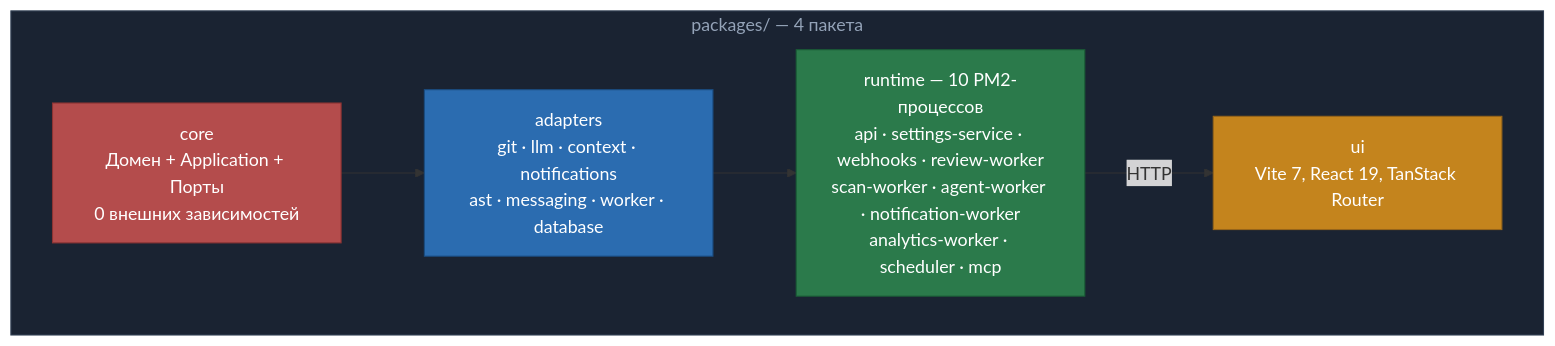
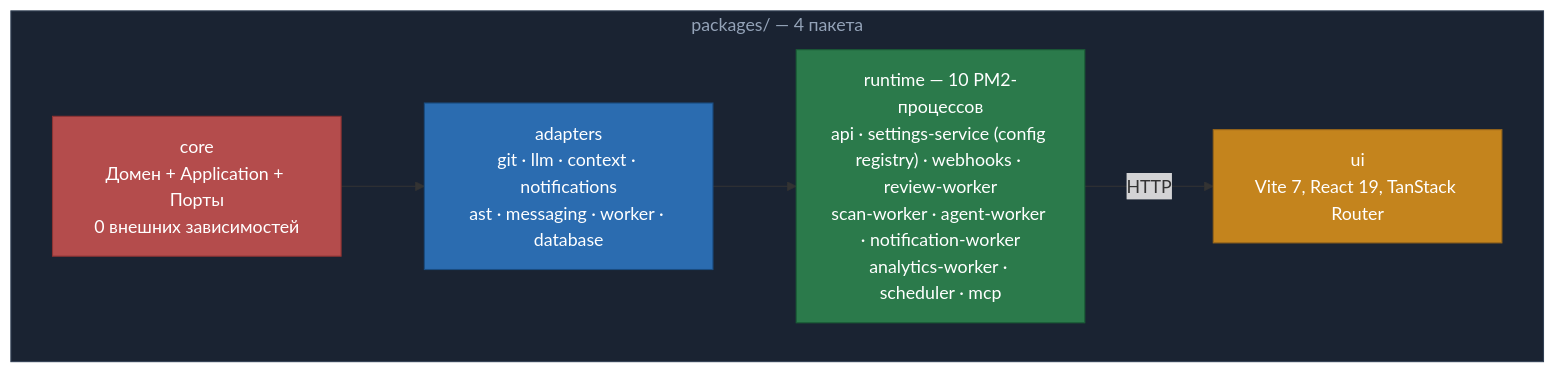
Before and after one commit to imfozilbek/codenautic: the second of 3 diagrams in PRODUCT.md, drawn with Mermaid. The commit also changed other lines of this file and 13 other files, not shown here.

First line of the commit message:
refactor(runtime): move default config data into settings-service and align config endpoints docs

````diff
--- a/PRODUCT.md
+++ b/PRODUCT.md
@@ -182,19 +182,19 @@
 ```mermaid
 flowchart TD
     subgraph packages["packages/ — 4 пакета"]
         CORE["core\nДомен + Application + Порты\n0 внешних зависимостей"]
         INFRA["adapters\ngit · llm · context · notifications\nast · messaging · worker · database"]
-        SERVER["runtime — 10 PM2-процессов\napi · settings-service · webhooks · review-worker\nscan-worker · agent-worker · notification-worker\nanalytics-worker · scheduler · mcp"]
+        SERVER["runtime — 10 PM2-процессов\napi · settings-service (config registry) · webhooks · review-worker\nscan-worker · agent-worker · notification-worker\nanalytics-worker · scheduler · mcp"]
         WEB["ui\nVite 7, React 19, TanStack Router"]
     end
 
     CORE --> INFRA
     INFRA --> SERVER
     SERVER -->|"HTTP"| WEB
 
     style packages fill:#1a2332,stroke:#334155,color:#94a3b8
     style CORE fill:#b44c4c,stroke:#8c3333,color:#fff
     style INFRA fill:#2b6cb0,stroke:#1a4c80,color:#fff
     style SERVER fill:#2b7a4b,stroke:#1a5c36,color:#fff
     style WEB fill:#c4841d,stroke:#96651a,color:#fff
 ```
````
